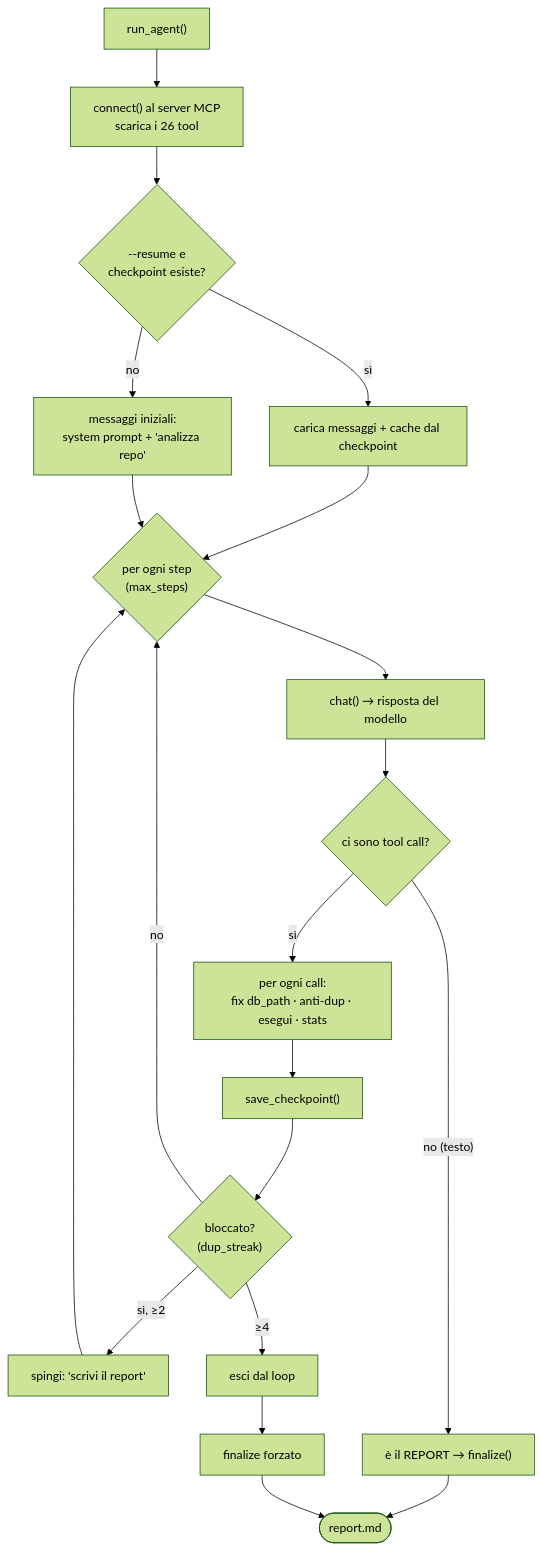
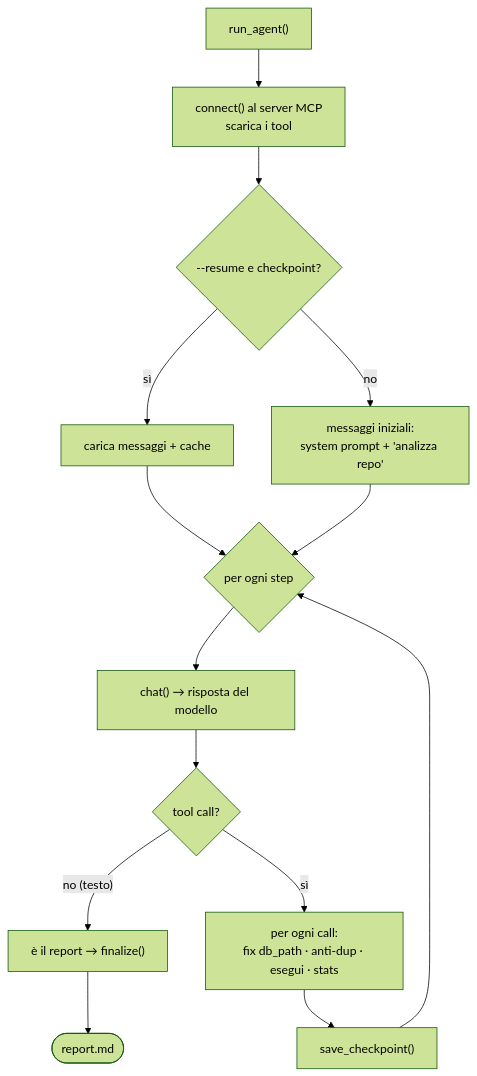
The eighth of 15 diagrams in documentazione/agent.md (iris-cmd22/Sibyl), drawn with Mermaid (forest theme) before and after one commit. The commit also changed other lines of this file and 3 other files, not shown here.

````diff
--- a/documentazione/agent.md
+++ b/documentazione/agent.md
@@ -330,23 +309,16 @@
 ```mermaid
 flowchart TB
-    START["run_agent()"] --> CONN["connect() al server MCP<br/>scarica i 26 tool"]
-    CONN --> RES{"--resume e<br/>checkpoint esiste?"}
-    RES -->|sì| LOAD["carica messaggi + cache dal checkpoint"]
+    START["run_agent()"] --> CONN["connect() al server MCP<br/>scarica i tool"]
+    CONN --> RES{"--resume e checkpoint?"}
+    RES -->|sì| LOAD["carica messaggi + cache"]
     RES -->|no| INIT["messaggi iniziali:<br/>system prompt + 'analizza repo'"]
     LOAD --> LOOP
     INIT --> LOOP
-
-    LOOP{"per ogni step<br/>(max_steps)"} --> CHAT["chat() → risposta del modello"]
-    CHAT --> CALLS{"ci sono tool call?"}
-    CALLS -->|"no (testo)"| FIN1["è il REPORT → finalize()"]
+    LOOP{"per ogni step"} --> CHAT["chat() → risposta del modello"]
+    CHAT --> CALLS{"tool call?"}
+    CALLS -->|"no (testo)"| FIN["è il report → finalize()"]
     CALLS -->|"sì"| EXEC["per ogni call:<br/>fix db_path · anti-dup · esegui · stats"]
     EXEC --> SAVE["save_checkpoint()"]
-    SAVE --> STUCK{"bloccato?<br/>(dup_streak)"}
-    STUCK -->|"sì, ≥2"| NUDGE["spingi: 'scrivi il report'"]
-    STUCK -->|"≥4"| BREAK["esci dal loop"]
-    NUDGE --> LOOP
-    STUCK -->|no| LOOP
-    BREAK --> FIN2["finalize forzato"]
-    FIN1 --> END(["report.md"])
-    FIN2 --> END
+    SAVE --> LOOP
+    FIN --> END(["report.md"])
 ```
````
